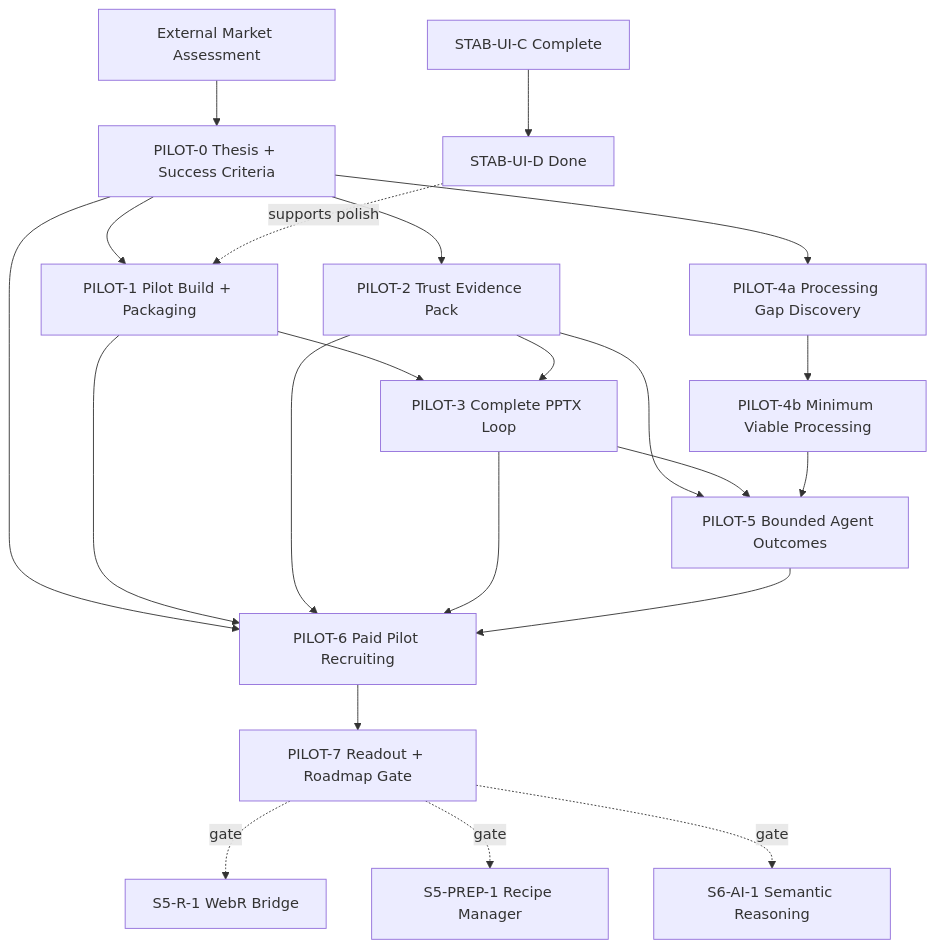
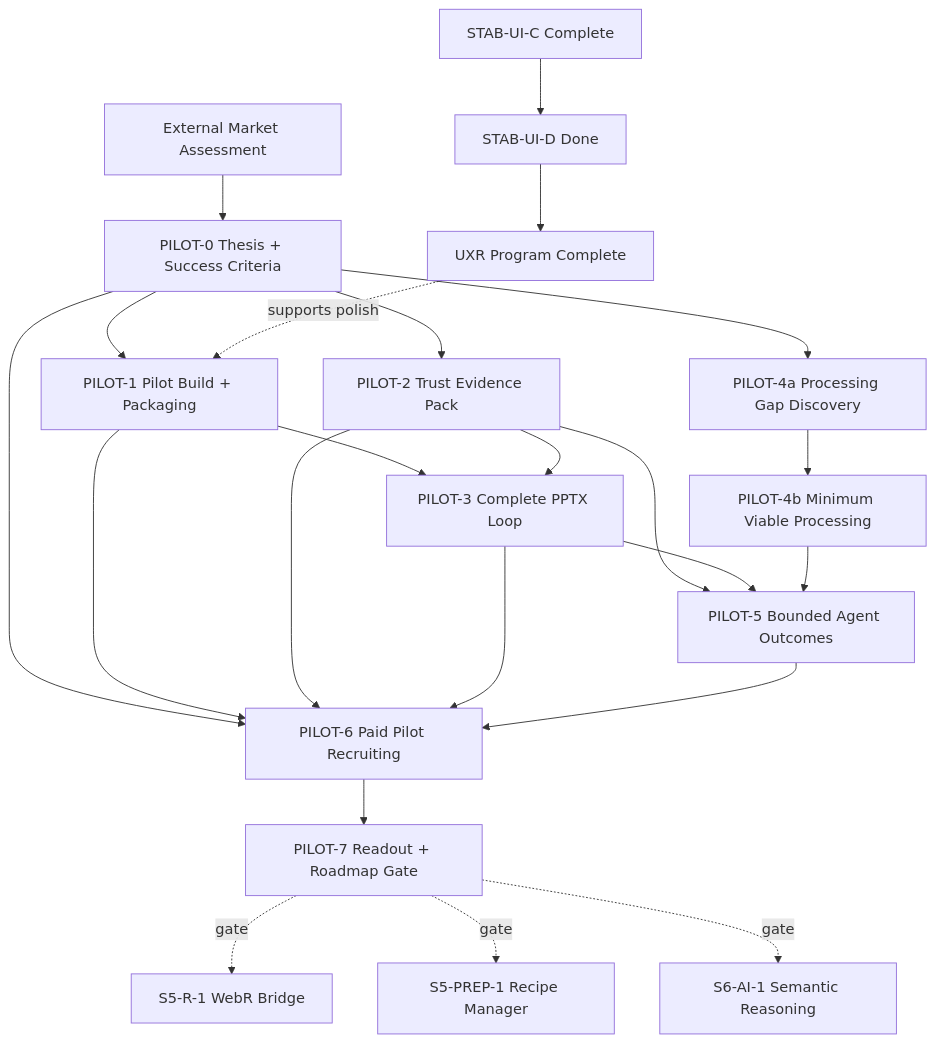
One commit to cbrown564-alt/Velocity changed the diagram in docs/tracker_00_implementation_status.md. Above: the diagram before and after it, drawn with Mermaid. The commit also changed other lines of this file and 5 other files, not shown here.

First line of the commit message:
Sync tracker and docs to completed UXR program.

````diff
--- a/docs/tracker_00_implementation_status.md
+++ b/docs/tracker_00_implementation_status.md
@@ -38,28 +38,29 @@
 ```mermaid
 graph TD
   MARKET["External Market Assessment"] --> P0["PILOT-0 Thesis + Success Criteria"]
   P0 --> P1["PILOT-1 Pilot Build + Packaging"]
   P0 --> P2["PILOT-2 Trust Evidence Pack"]
   P0 --> P4A["PILOT-4a Processing Gap Discovery"]
   P0 --> P6["PILOT-6 Paid Pilot Recruiting"]
 
   P1 --> P3["PILOT-3 Complete PPTX Loop"]
   P2 --> P3
   P4A --> P4B["PILOT-4b Minimum Viable Processing"]
   P2 --> P5["PILOT-5 Bounded Agent Outcomes"]
   P3 --> P5
   P4B --> P5
 
   P1 --> P6
   P2 --> P6
   P3 --> P6
   P5 --> P6
   P6 --> P7["PILOT-7 Readout + Roadmap Gate"]
 
   STABUIC["STAB-UI-C Complete"] --> STABUID["STAB-UI-D Done"]
-  STABUID -. supports polish .-> P1
+  STABUID --> UXRREM["UXR Program Complete"]
+  UXRREM -. supports polish .-> P1
 
   P7 -. gate .-> S5R1["S5-R-1 WebR Bridge"]
   P7 -. gate .-> S5PREP1["S5-PREP-1 Recipe Manager"]
   P7 -. gate .-> S6AI1["S6-AI-1 Semantic Reasoning"]
 ```
````
